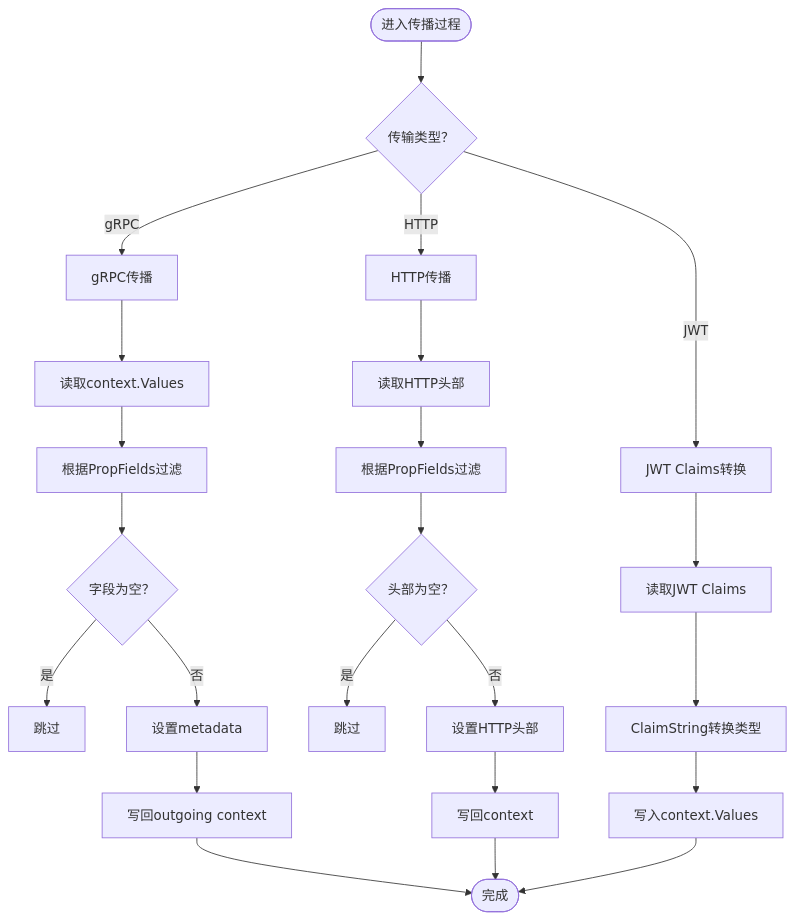
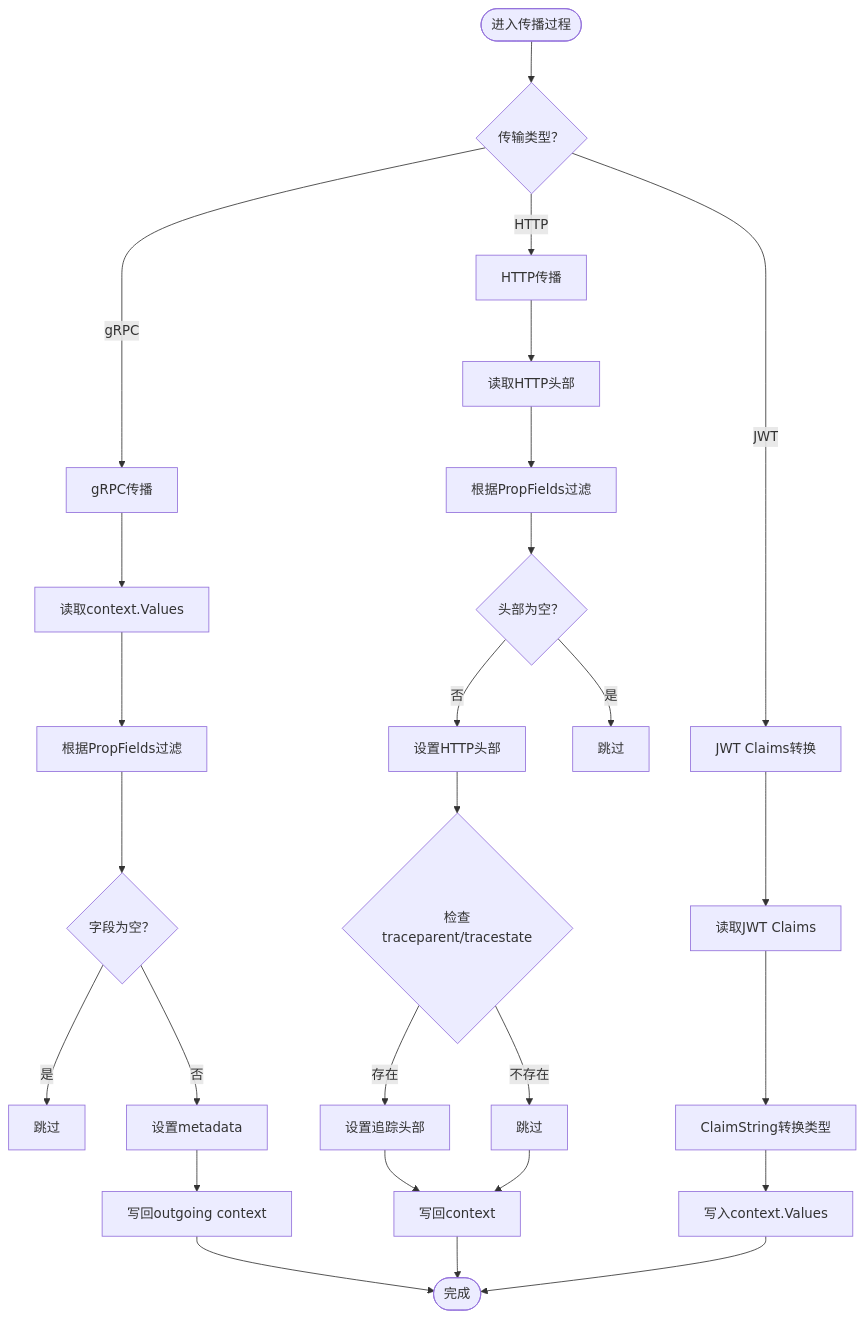
Before and after one commit to maomao94/zero-service: the fourth of 5 diagrams in .qoder/repowiki/zh/content/公共组件库/工具组件/上下文执行工具/上下文数据管理.md, drawn with Mermaid. The commit also changed other lines of this file and 25 other files, not shown here.

````diff
--- a/.qoder/repowiki/zh/content/公共组件库/工具组件/上下文执行工具/上下文数据管理.md
+++ b/.qoder/repowiki/zh/content/公共组件库/工具组件/上下文执行工具/上下文数据管理.md
@@ -276,25 +292,29 @@
 ```mermaid
 flowchart TD
 Start(["进入传播过程"]) --> CheckType{"传输类型？"}
 CheckType --> |gRPC| GRPC["gRPC传播"]
 CheckType --> |HTTP| HTTP["HTTP传播"]
 CheckType --> |JWT| CLAIMS["JWT Claims转换"]
 GRPC --> ReadCtx["读取context.Values"]
 ReadCtx --> Filter["根据PropFields过滤"]
 Filter --> CheckEmpty{"字段为空？"}
 CheckEmpty --> |是| Skip["跳过"]
 CheckEmpty --> |否| SetMD["设置metadata"]
 SetMD --> WriteCtx["写回outgoing context"]
 WriteCtx --> End(["完成"])
 HTTP --> ReadHdr["读取HTTP头部"]
 ReadHdr --> FilterHdr["根据PropFields过滤"]
 FilterHdr --> CheckHdr{"头部为空？"}
 CheckHdr --> |是| SkipHdr["跳过"]
 CheckHdr --> |否| SetHdr["设置HTTP头部"]
-SetHdr --> WriteHdr["写回context"]
+SetHdr --> CheckTrace{"检查traceparent/tracestate"}
+CheckTrace --> |存在| SetTrace["设置追踪头部"]
+CheckTrace --> |不存在| SkipTrace["跳过"]
+SetTrace --> WriteHdr["写回context"]
+SkipTrace --> WriteHdr
 WriteHdr --> End
 CLAIMS --> ReadClaims["读取JWT Claims"]
 ReadClaims --> Convert["ClaimString转换类型"]
 Convert --> WriteClaims["写入context.Values"]
 WriteClaims --> End
 ```
````
